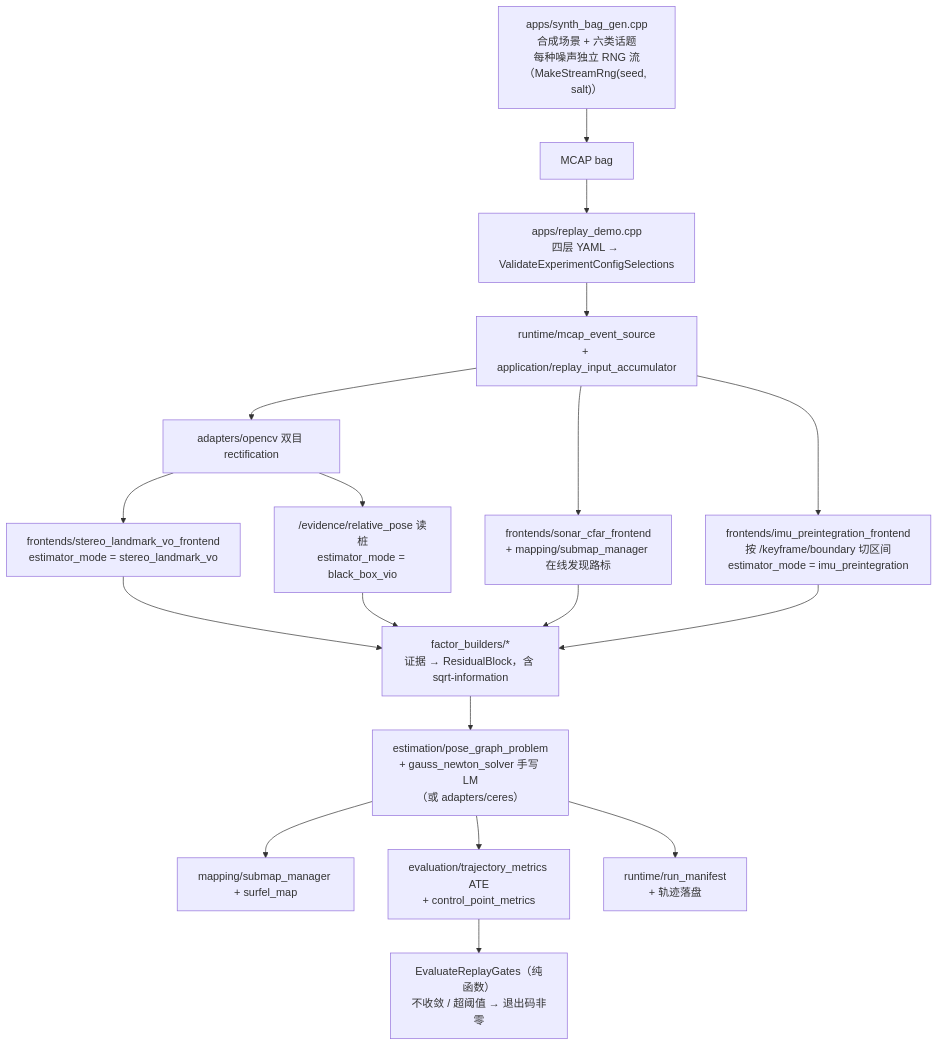
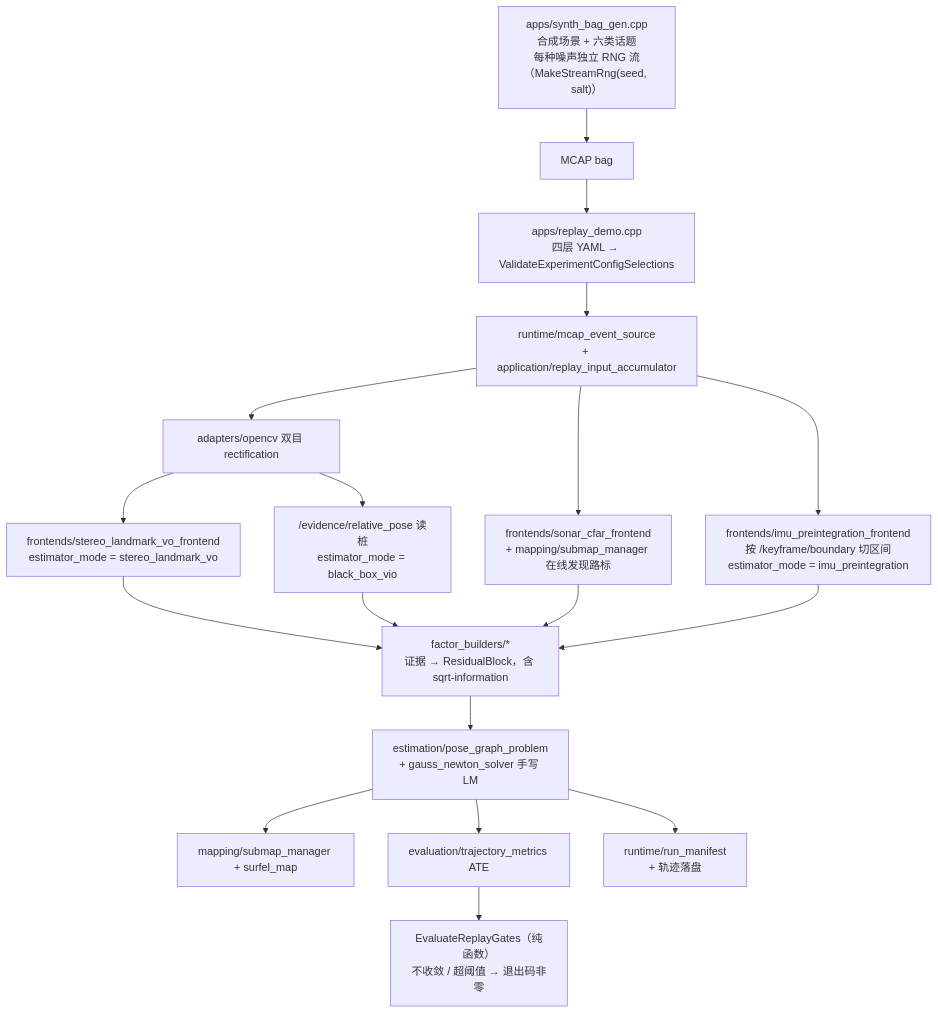
One commit to PengBY91/uw_slam_simplify changed the first of 3 diagrams in docs/uw-slam-offline-slam-pipeline-deep-dive-2026-08-28.md. Above: the diagram before and after it, drawn with Mermaid. The commit also changed other lines of this file and 52 other files, not shown here.

````diff
--- a/docs/uw-slam-offline-slam-pipeline-deep-dive-2026-08-28.md
+++ b/docs/uw-slam-offline-slam-pipeline-deep-dive-2026-08-28.md
@@ -105,20 +102,20 @@
 ```mermaid
 flowchart TB
     A["apps/synth_bag_gen.cpp<br/>合成场景 + 六类话题<br/>每种噪声独立 RNG 流（MakeStreamRng(seed, salt)）"] --> B["MCAP bag"]
     B --> C["apps/replay_demo.cpp<br/>四层 YAML → ValidateExperimentConfigSelections"]
     C --> D["runtime/mcap_event_source<br/>+ application/replay_input_accumulator"]
     D --> E["adapters/opencv 双目 rectification"]
     E --> F1["frontends/stereo_landmark_vo_frontend<br/>estimator_mode = stereo_landmark_vo"]
     E --> F2["/evidence/relative_pose 读桩<br/>estimator_mode = black_box_vio"]
     D --> F3["frontends/sonar_cfar_frontend<br/>+ mapping/submap_manager 在线发现路标"]
     D --> F4["frontends/imu_preintegration_frontend<br/>按 /keyframe/boundary 切区间<br/>estimator_mode = imu_preintegration"]
     F1 --> G["factor_builders/*<br/>证据 → ResidualBlock，含 sqrt-information"]
     F2 --> G
     F3 --> G
     F4 --> G
-    G --> H["estimation/pose_graph_problem<br/>+ gauss_newton_solver 手写 LM<br/>（或 adapters/ceres）"]
+    G --> H["estimation/pose_graph_problem<br/>+ gauss_newton_solver 手写 LM"]
     H --> I["mapping/submap_manager + surfel_map"]
-    H --> J["evaluation/trajectory_metrics ATE<br/>+ control_point_metrics"]
+    H --> J["evaluation/trajectory_metrics ATE"]
     H --> K["runtime/run_manifest<br/>+ 轨迹落盘"]
     J --> L["EvaluateReplayGates（纯函数）<br/>不收敛 / 超阈值 → 退出码非零"]
 ```
````
